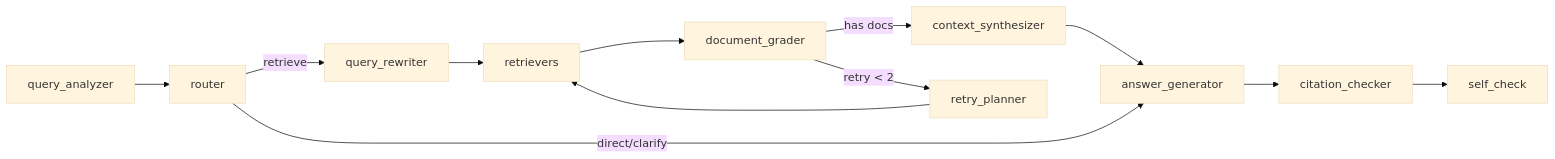
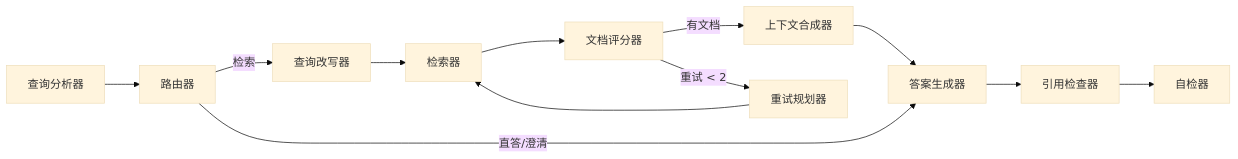
Before and after one commit to Sggggt/DialoGraph: the fifth of 5 diagrams in README.md, drawn with Mermaid (base theme). The commit also changed other lines of this file and 1 other file, not shown here.

````diff
--- a/README.md
+++ b/README.md
@@ -363,14 +427,14 @@
 ```mermaid
 graph LR
-    A[query_analyzer] --> B[router]
-    B -->|retrieve| C[query_rewriter]
-    B -->|direct/clarify| G[answer_generator]
-    C --> D[retrievers]
-    D --> E[document_grader]
-    E -->|has docs| F[context_synthesizer]
-    E -->|retry < 2| R[retry_planner]
+    A[查询分析器] --> B[路由器]
+    B -->|检索| C[查询改写器]
+    B -->|直答/澄清| G[答案生成器]
+    C --> D[检索器]
+    D --> E[文档评分器]
+    E -->|有文档| F[上下文合成器]
+    E -->|重试 < 2| R[重试规划器]
     R --> D
     F --> G
-    G --> H[citation_checker]
-    H --> I[self_check]
+    G --> H[引用检查器]
+    H --> I[自检器]
 ```
````
